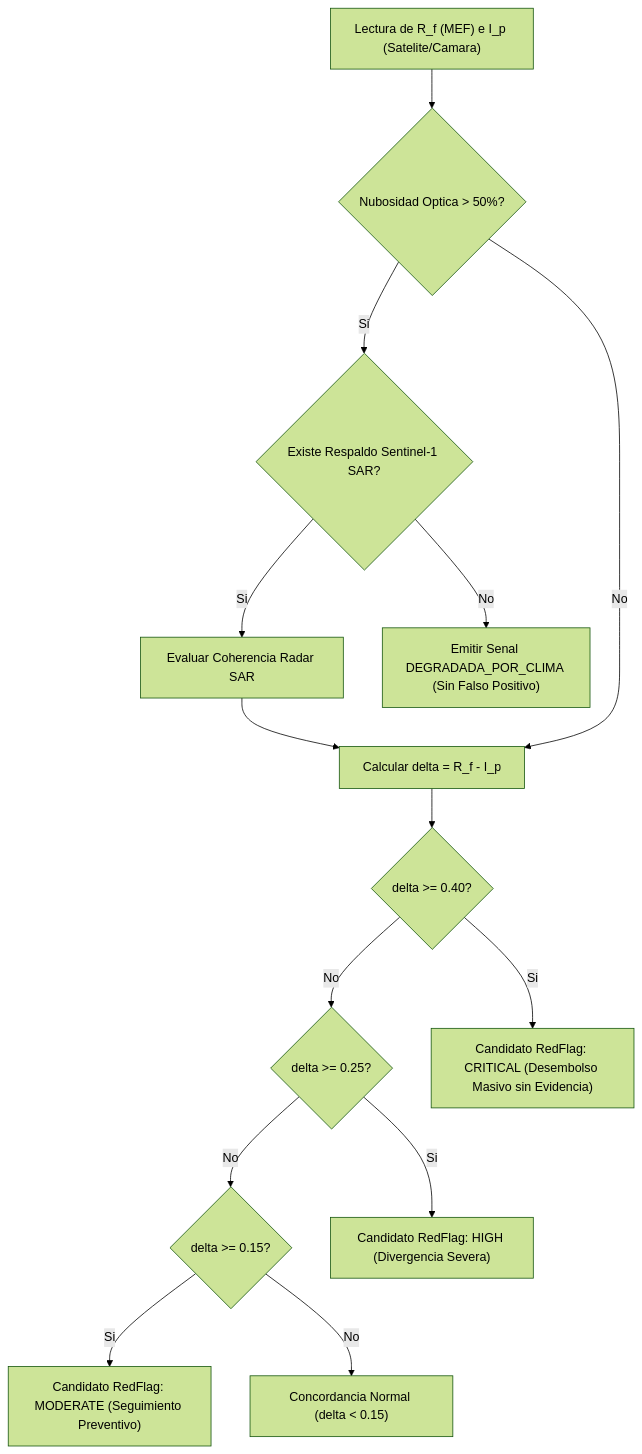
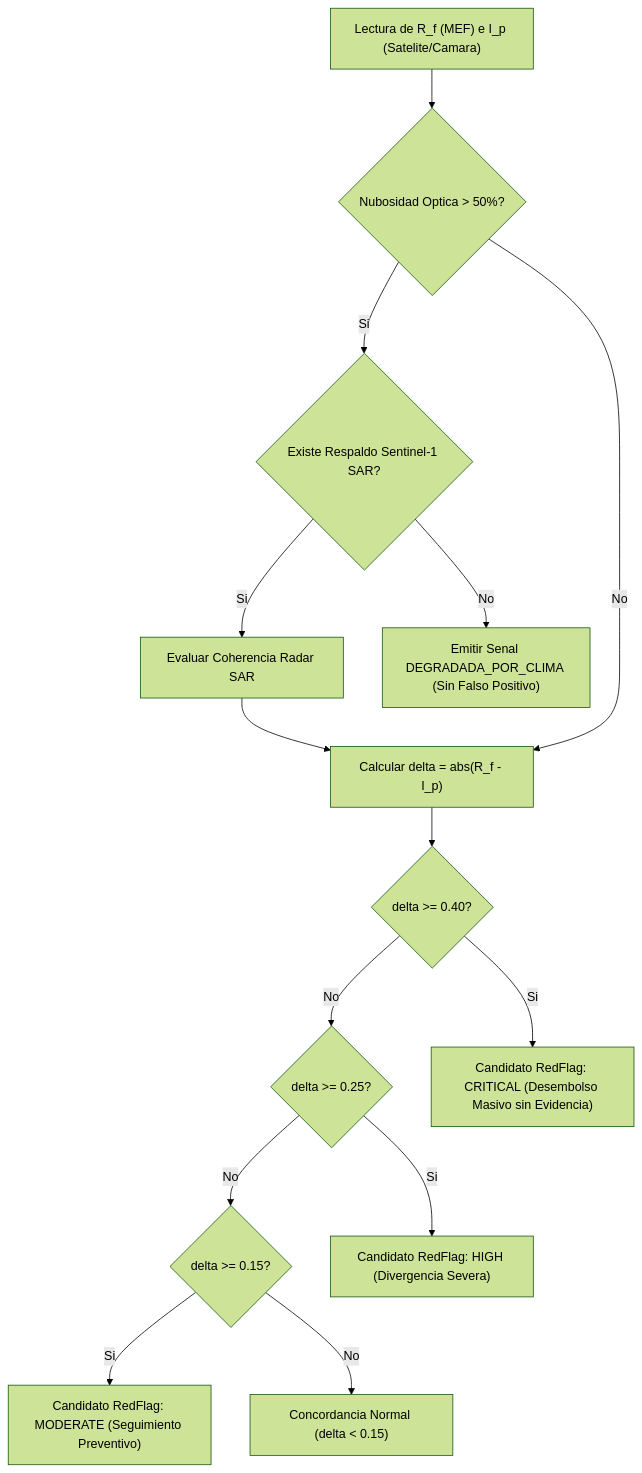
One commit to richardsonyelstin-commits/cajamarca-qhaway changed the second of 2 diagrams in docs/architecture/2026-10-13-estudio-factibilidad-monitoreo-geoespacial-satelital-camaras.md. Above: the diagram before and after it, drawn with Mermaid (forest theme). The commit also changed other lines of this file and 98 other files, not shown here.

````diff
--- a/docs/architecture/2026-10-13-estudio-factibilidad-monitoreo-geoespacial-satelital-camaras.md
+++ b/docs/architecture/2026-10-13-estudio-factibilidad-monitoreo-geoespacial-satelital-camaras.md
@@ -170,32 +175,32 @@
 ```mermaid
 flowchart TD
     START["Lectura de R_f (MEF) e I_p (Satelite/Camara)"]
     CLOUD{"Nubosidad Optica > 50%?"}
     SAR_CHECK{"Existe Respaldo Sentinel-1 SAR?"}
     SAR_EVAL["Evaluar Coherencia Radar SAR"]
     CLOUD_HOLD["Emitir Senal DEGRADADA_POR_CLIMA (Sin Falso Positivo)"]
-    DIFF_CALC["Calcular delta = R_f - I_p"]
+    DIFF_CALC["Calcular delta = abs(R_f - I_p)"]
 
     CRIT{"delta >= 0.40?"}
     HIGH{"delta >= 0.25?"}
     MOD{"delta >= 0.15?"}
     NORM["Concordancia Normal (delta < 0.15)"]
 
     SIG_CRIT["Candidato RedFlag: CRITICAL (Desembolso Masivo sin Evidencia)"]
     SIG_HIGH["Candidato RedFlag: HIGH (Divergencia Severa)"]
     SIG_MOD["Candidato RedFlag: MODERATE (Seguimiento Preventivo)"]
 
     START --> CLOUD
     CLOUD -- Si --> SAR_CHECK
     SAR_CHECK -- Si --> SAR_EVAL --> DIFF_CALC
     SAR_CHECK -- No --> CLOUD_HOLD
     CLOUD -- No --> DIFF_CALC
 
     DIFF_CALC --> CRIT
     CRIT -- Si --> SIG_CRIT
     CRIT -- No --> HIGH
     HIGH -- Si --> SIG_HIGH
     HIGH -- No --> MOD
     MOD -- Si --> SIG_MOD
     MOD -- No --> NORM
 ```
````
